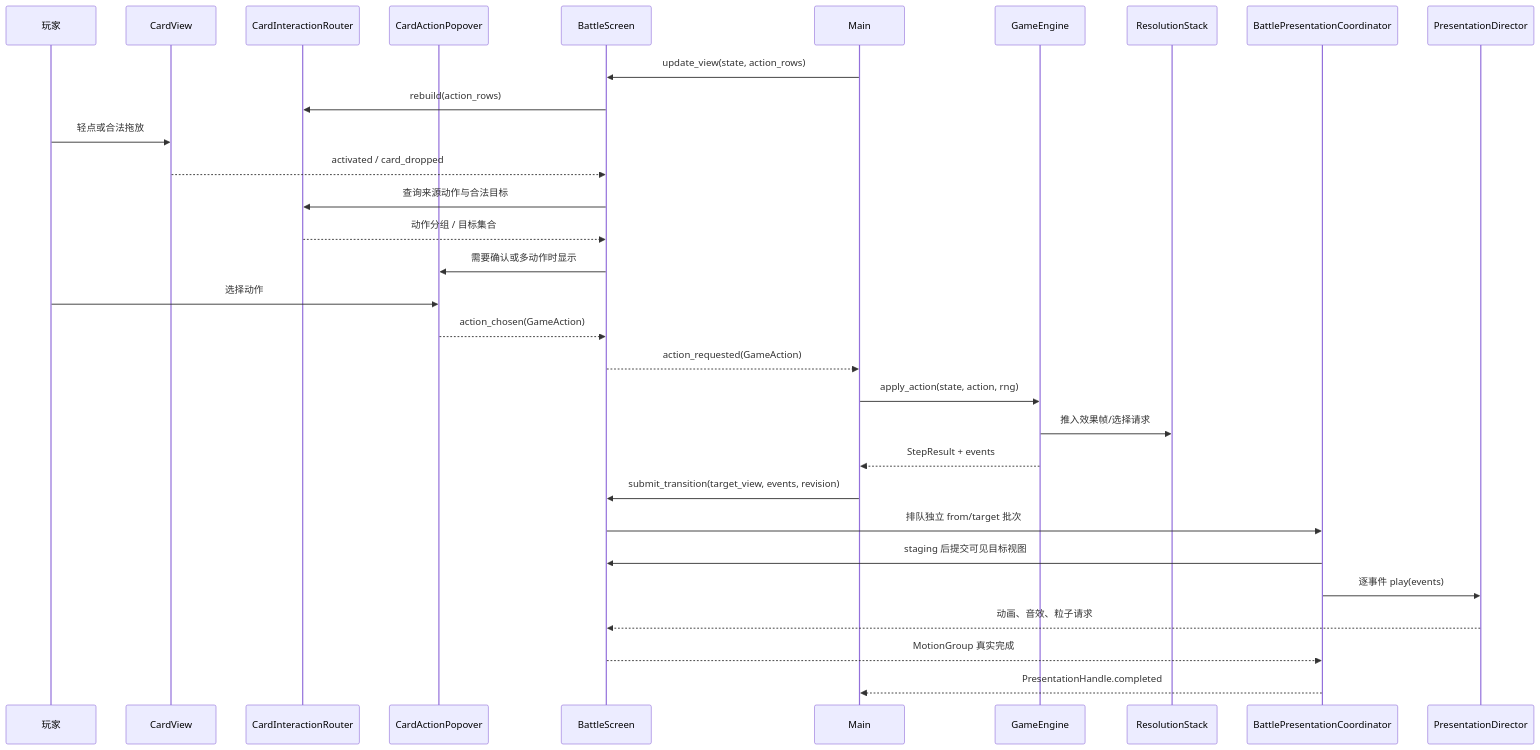
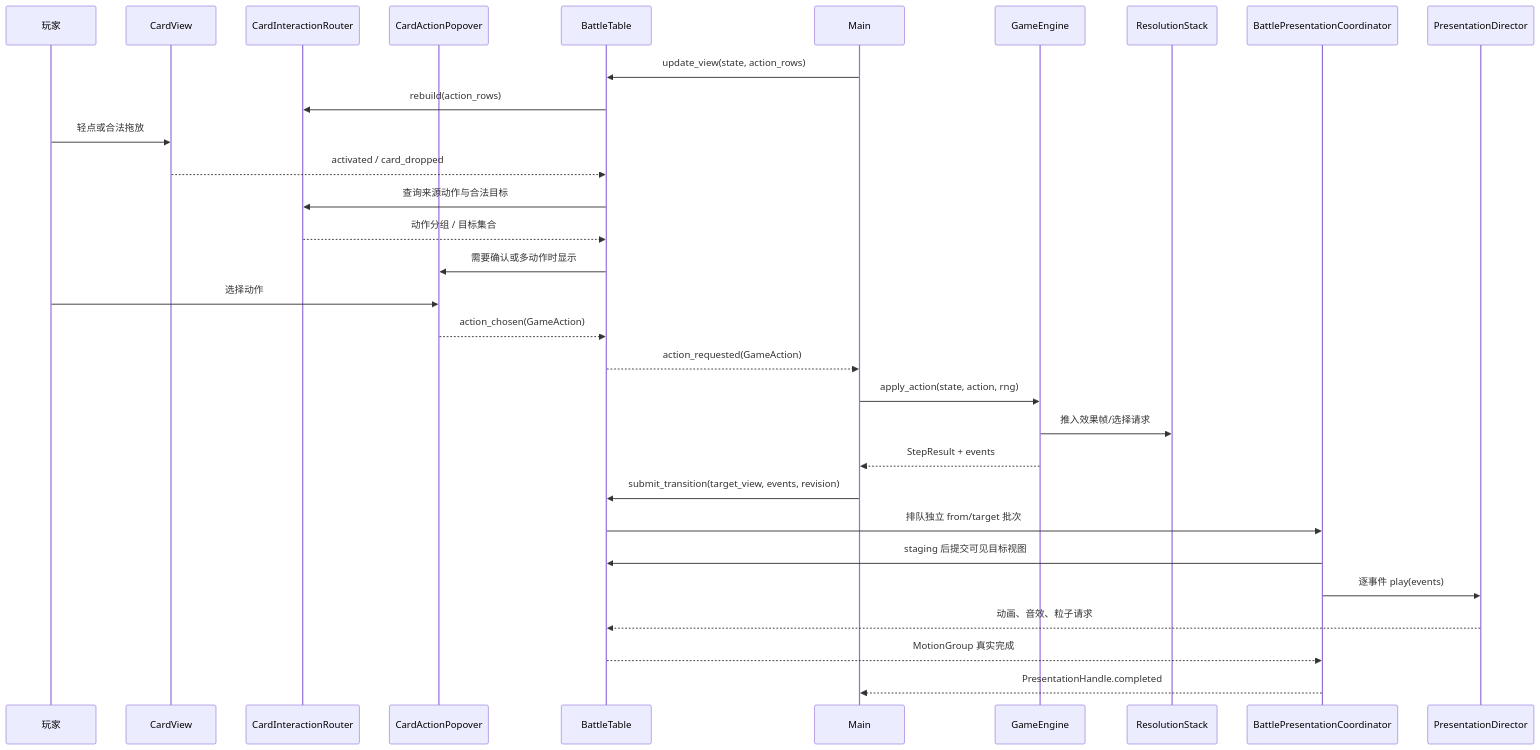
Before and after one commit to Endnight-ZHW/PokemonTCG: the second of 3 diagrams in docs/GODOT_DEVELOPMENT_GUIDE.md, drawn with Mermaid. The commit also changed other lines of this file and 156 other files, not shown here.

````diff
--- a/docs/GODOT_DEVELOPMENT_GUIDE.md
+++ b/docs/GODOT_DEVELOPMENT_GUIDE.md
@@ -660,34 +656,34 @@
 ```mermaid
 sequenceDiagram
     participant Player as 玩家
     participant Card as CardView
     participant Router as CardInteractionRouter
     participant Popover as CardActionPopover
-    participant Battle as BattleScreen
+    participant Battle as BattleTable
     participant Main
     participant Engine as GameEngine
     participant Stack as ResolutionStack
     participant Coordinator as BattlePresentationCoordinator
     participant Present as PresentationDirector
 
     Main->>Battle: update_view(state, action_rows)
     Battle->>Router: rebuild(action_rows)
     Player->>Card: 轻点或合法拖放
     Card-->>Battle: activated / card_dropped
     Battle->>Router: 查询来源动作与合法目标
     Router-->>Battle: 动作分组 / 目标集合
     Battle->>Popover: 需要确认或多动作时显示
     Player->>Popover: 选择动作
     Popover-->>Battle: action_chosen(GameAction)
     Battle-->>Main: action_requested(GameAction)
     Main->>Engine: apply_action(state, action, rng)
     Engine->>Stack: 推入效果帧/选择请求
     Engine-->>Main: StepResult + events
     Main->>Battle: submit_transition(target_view, events, revision)
     Battle->>Coordinator: 排队独立 from/target 批次
     Coordinator->>Battle: staging 后提交可见目标视图
     Coordinator->>Present: 逐事件 play(events)
     Present-->>Battle: 动画、音效、粒子请求
     Battle-->>Coordinator: MotionGroup 真实完成
     Coordinator-->>Main: PresentationHandle.completed
 ```
````
